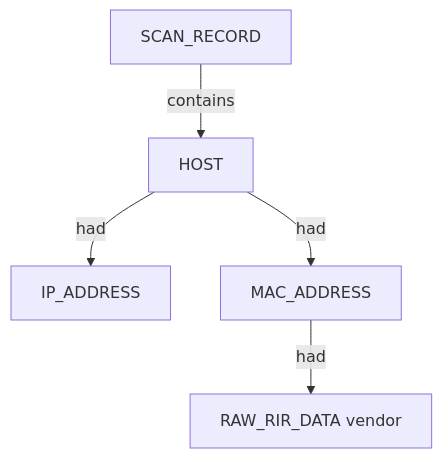
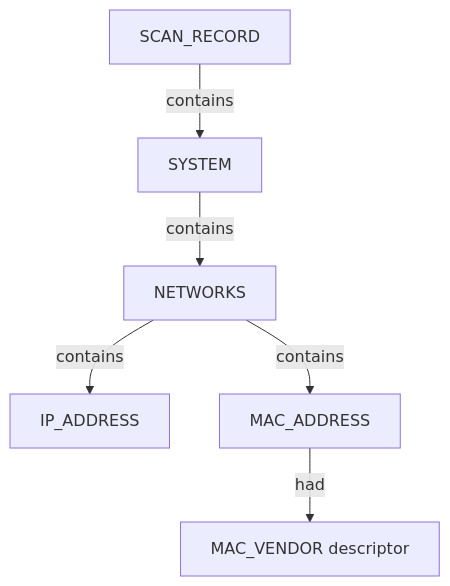
Before and after one commit to brettforbes/spiderfeet: the diagram in .docs/docs-for-cli-tools/nugget_structure/netdiscover_local_subnet_active_nugget_graph_structure.md, drawn with Mermaid. The commit also changed other lines of this file and 112 other files, not shown here.

First line of the commit message:
NetDiscover: MAC_VENDOR graphs, text-aligned exams, cls harvest rule.

````diff
--- a/.docs/docs-for-cli-tools/nugget_structure/netdiscover_local_subnet_active_nugget_graph_structure.md
+++ b/.docs/docs-for-cli-tools/nugget_structure/netdiscover_local_subnet_active_nugget_graph_structure.md
@@ -21,12 +9,14 @@
 ```mermaid
 flowchart TD
   scan["SCAN_RECORD"]
-  host["HOST"]
+  system["SYSTEM"]
+  networks["NETWORKS"]
   ip["IP_ADDRESS"]
   mac["MAC_ADDRESS"]
-  vendor["RAW_RIR_DATA vendor"]
-  scan -->|contains| host
-  host -->|had| ip
-  host -->|had| mac
+  vendor["MAC_VENDOR descriptor"]
+  scan -->|contains| system
+  system -->|contains| networks
+  networks -->|contains| ip
+  networks -->|contains| mac
   mac -->|had| vendor
 ```
````
